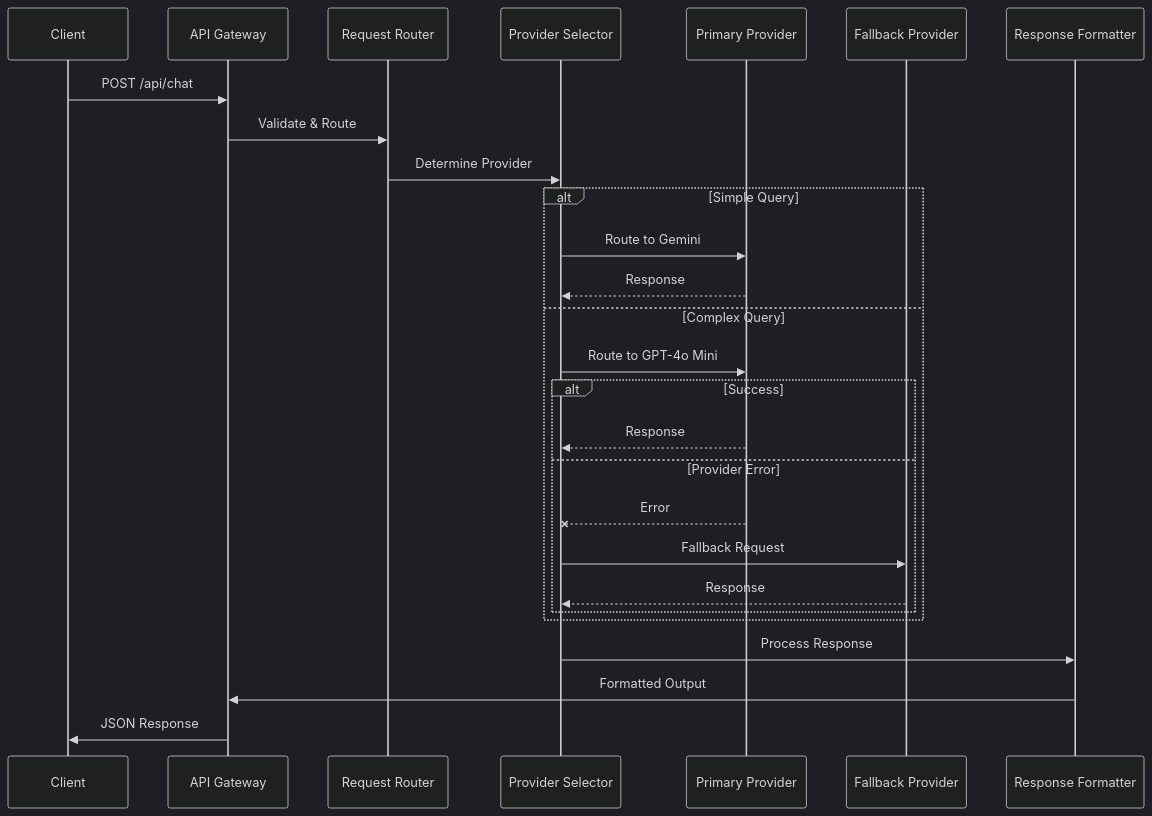
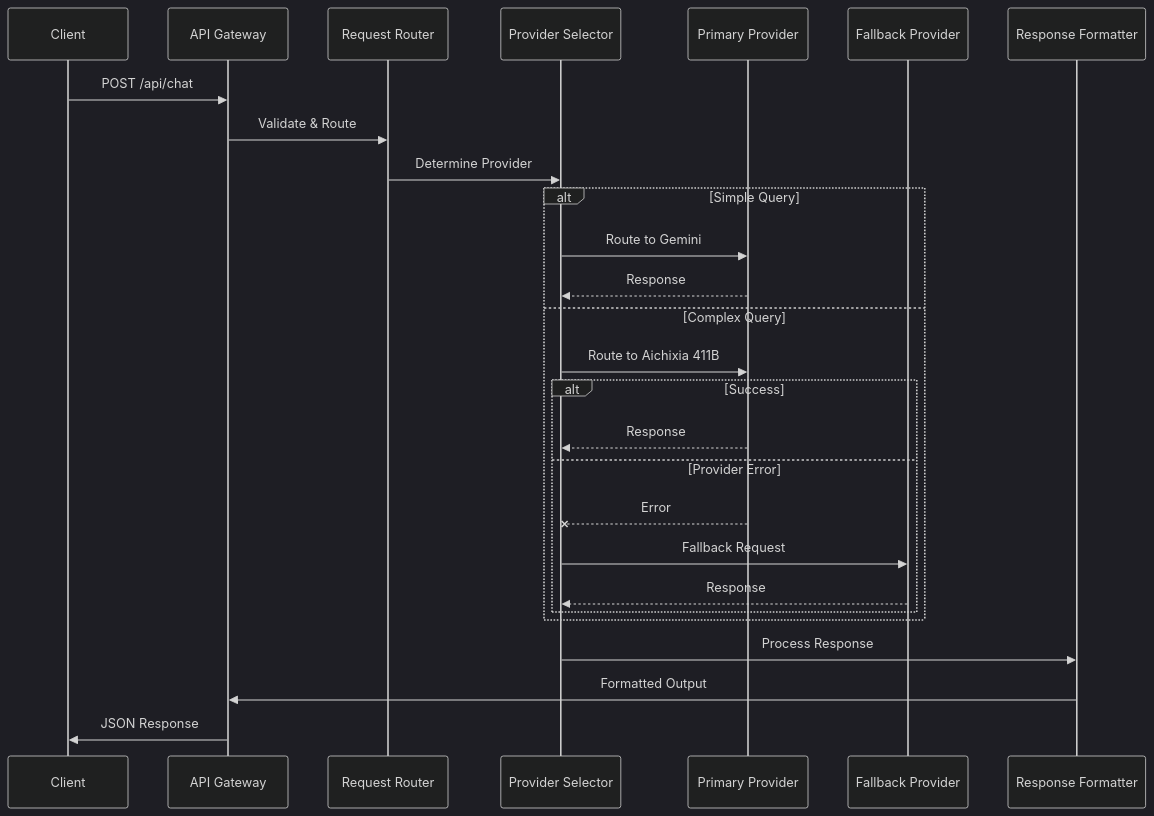
One commit to Takawell/Aichixia changed the second of 3 diagrams in README.md. Above: the diagram before and after it, drawn with Mermaid (dark theme). The commit also changed other lines of this file, not shown here.

````diff
--- a/README.md
+++ b/README.md
@@ -149,32 +146,32 @@
 ```mermaid
 sequenceDiagram
     participant Client
     participant Gateway as API Gateway
     participant Router as Request Router
     participant Selector as Provider Selector
     participant Provider1 as Primary Provider
     participant Provider2 as Fallback Provider
     participant Formatter as Response Formatter
     
     Client->>Gateway: POST /api/chat
     Gateway->>Router: Validate & Route
     Router->>Selector: Determine Provider
     
     alt Simple Query
         Selector->>Provider1: Route to Gemini
         Provider1-->>Selector: Response
     else Complex Query
-        Selector->>Provider1: Route to GPT-4o Mini
+        Selector->>Provider1: Route to Aichixia 411B
         alt Success
             Provider1-->>Selector: Response
         else Provider Error
             Provider1--xSelector: Error
             Selector->>Provider2: Fallback Request
             Provider2-->>Selector: Response
         end
     end
     
     Selector->>Formatter: Process Response
     Formatter->>Gateway: Formatted Output
     Gateway->>Client: JSON Response
 ```
````
